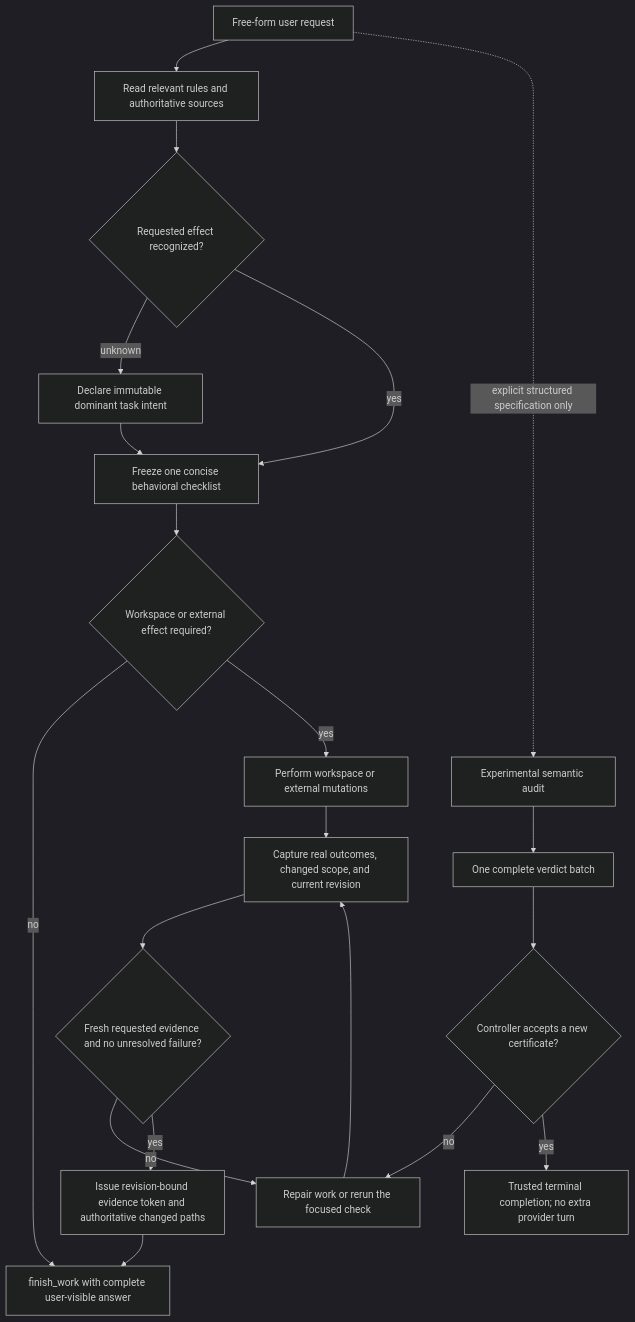
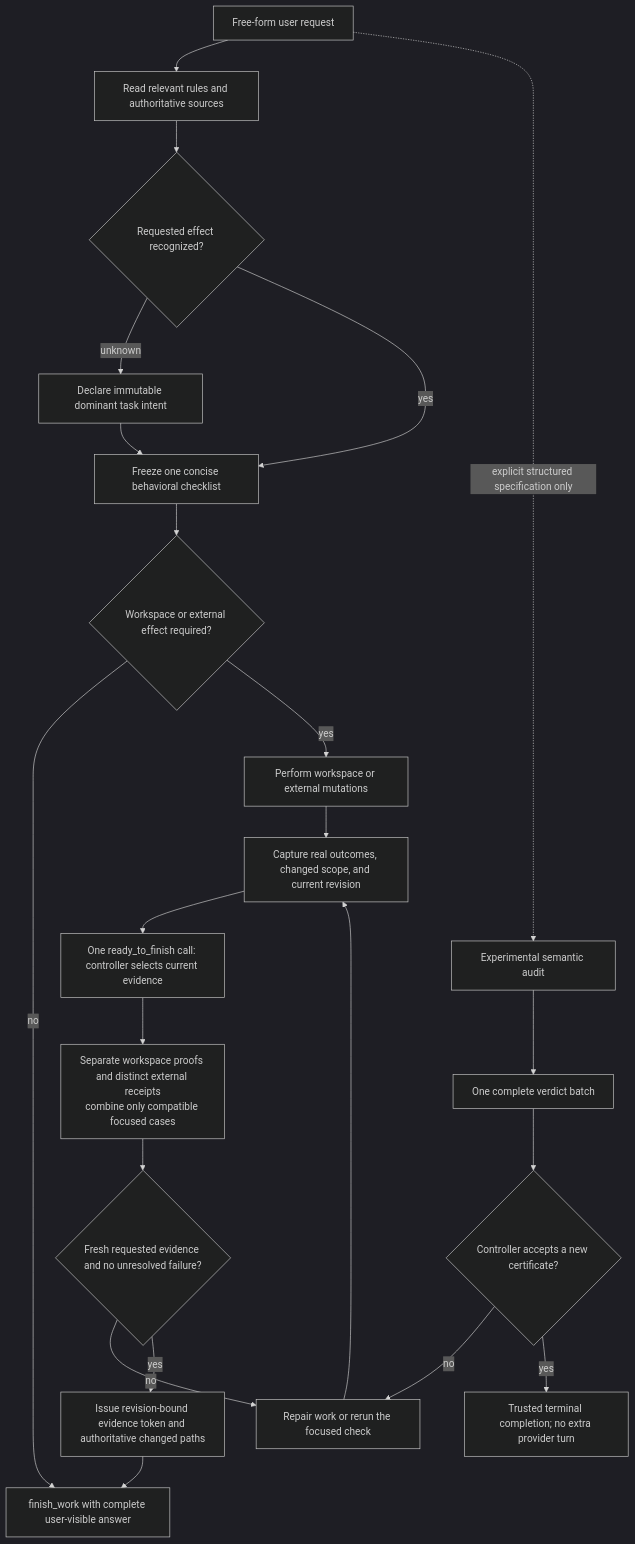
Before and after one commit to dst0/p: the diagram in packages/coding-agent/docs/usage.md, drawn with Mermaid (dark theme). The commit also changed other lines of this file and 35 other files, not shown here.

````diff
--- a/packages/coding-agent/docs/usage.md
+++ b/packages/coding-agent/docs/usage.md
@@ -119,22 +123,24 @@
 ```mermaid
 flowchart TD
     Request["Free-form user request"] --> Discovery["Read relevant rules and authoritative sources"]
     Discovery --> Intent{"Requested effect recognized?"}
     Intent -->|unknown| Declare["Declare immutable dominant task intent"]
     Intent -->|yes| Checklist["Freeze one concise behavioral checklist"]
     Declare --> Checklist
     Checklist --> Effect{"Workspace or external effect required?"}
     Effect -->|no| Finish["finish_work with complete user-visible answer"]
     Effect -->|yes| Work["Perform workspace or external mutations"]
     Work --> Evidence["Capture real outcomes, changed scope, and current revision"]
-    Evidence --> Ready{"Fresh requested evidence and no unresolved failure?"}
+    Evidence --> Select["One ready_to_finish call: controller selects current evidence"]
+    Select --> Bind["Separate workspace proofs and distinct external receipts<br/>combine only compatible focused cases"]
+    Bind --> Ready{"Fresh requested evidence and no unresolved failure?"}
     Ready -->|no| Repair["Repair work or rerun the focused check"]
     Repair --> Evidence
     Ready -->|yes| Token["Issue revision-bound evidence token and authoritative changed paths"]
     Token --> Finish
     Request -. "explicit structured specification only" .-> Audit["Experimental semantic audit"]
     Audit --> Verdict["One complete verdict batch"]
     Verdict --> Certified{"Controller accepts a new certificate?"}
     Certified -->|no| Repair
     Certified -->|yes| Terminal["Trusted terminal completion; no extra provider turn"]
 ```
````
